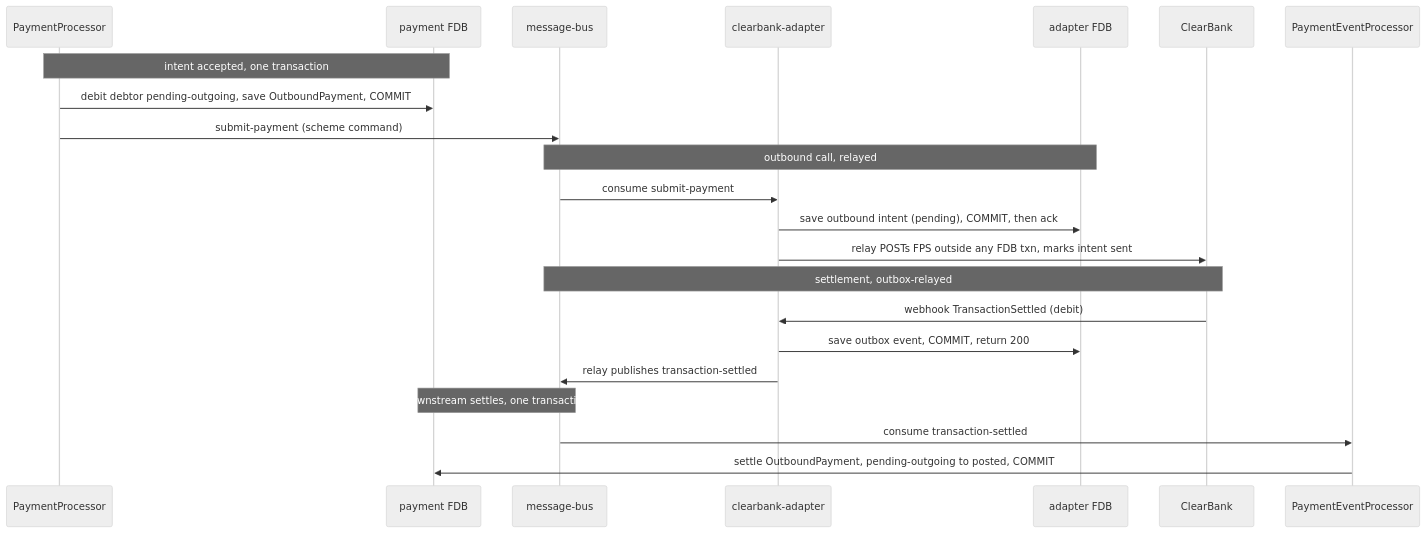
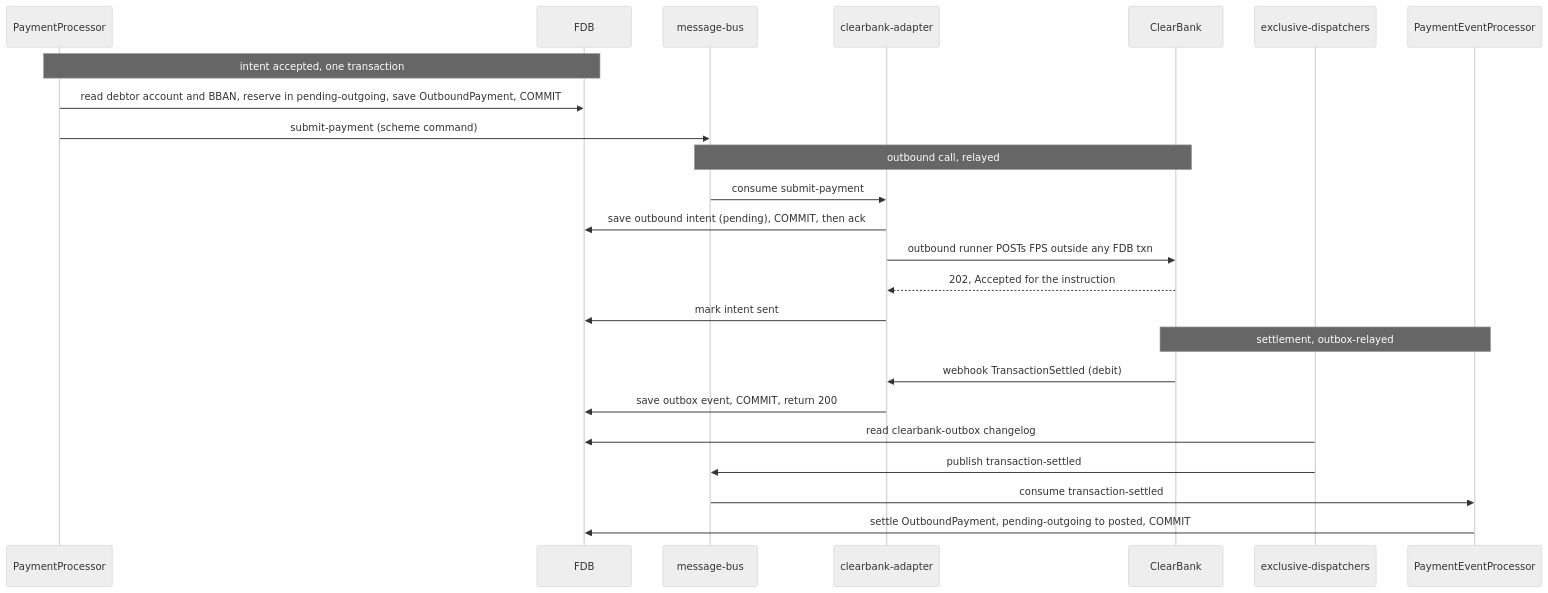
One commit to repldriven/queenswood changed the fifth of 6 diagrams in docs/tdd/payments.md. Above: the diagram before and after it, drawn with Mermaid (neutral theme). The commit also changed other lines of this file and 2 other files, not shown here.

````diff
--- a/docs/tdd/payments.md
+++ b/docs/tdd/payments.md
@@ -260,28 +279,29 @@
 ```mermaid
 sequenceDiagram
     participant P as PaymentProcessor
-    participant F as payment FDB
+    participant F as FDB
     participant B as message-bus
     participant A as clearbank-adapter
-    participant AF as adapter FDB
     participant C as ClearBank
+    participant X as exclusive-dispatchers
     participant E as PaymentEventProcessor
 
     Note over P,F: intent accepted, one transaction
-    P->>F: debit debtor pending-outgoing, save OutboundPayment, COMMIT
+    P->>F: read debtor account and BBAN, reserve in pending-outgoing, save OutboundPayment, COMMIT
     P->>B: submit-payment (scheme command)
 
-    Note over B,AF: outbound call, relayed
+    Note over B,C: outbound call, relayed
     B->>A: consume submit-payment
-    A->>AF: save outbound intent (pending), COMMIT, then ack
-    A->>C: relay POSTs FPS outside any FDB txn, marks intent sent
+    A->>F: save outbound intent (pending), COMMIT, then ack
+    A->>C: outbound runner POSTs FPS outside any FDB txn
+    C-->>A: 202, Accepted for the instruction
+    A->>F: mark intent sent
 
-    Note over C,B: settlement, outbox-relayed
+    Note over C,E: settlement, outbox-relayed
     C->>A: webhook TransactionSettled (debit)
-    A->>AF: save outbox event, COMMIT, return 200
-    A->>B: relay publishes transaction-settled
-
-    Note over B,F: downstream settles, one transaction
+    A->>F: save outbox event, COMMIT, return 200
+    X->>F: read clearbank-outbox changelog
+    X->>B: publish transaction-settled
     B->>E: consume transaction-settled
     E->>F: settle OutboundPayment, pending-outgoing to posted, COMMIT
 ```
````
